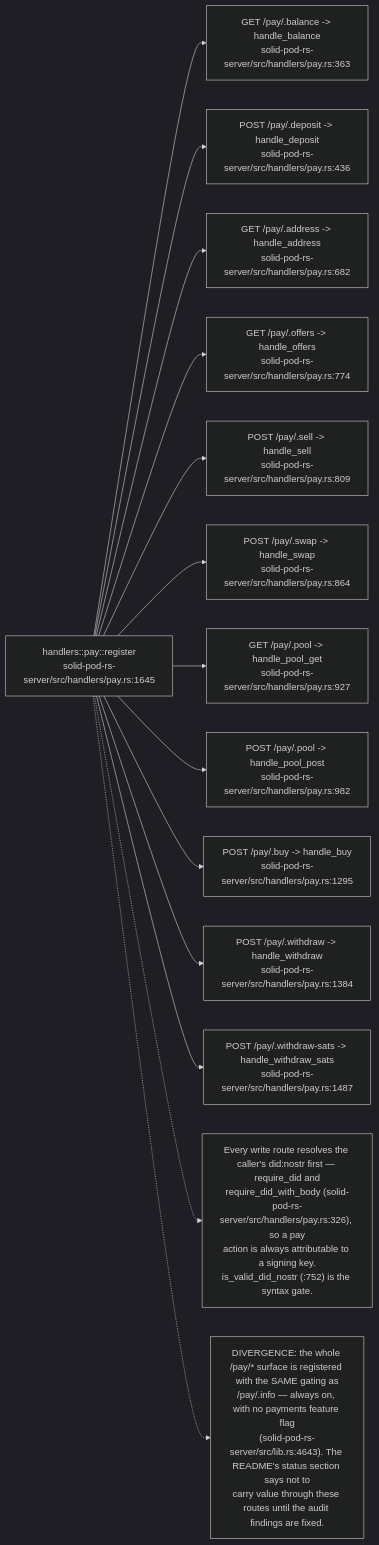
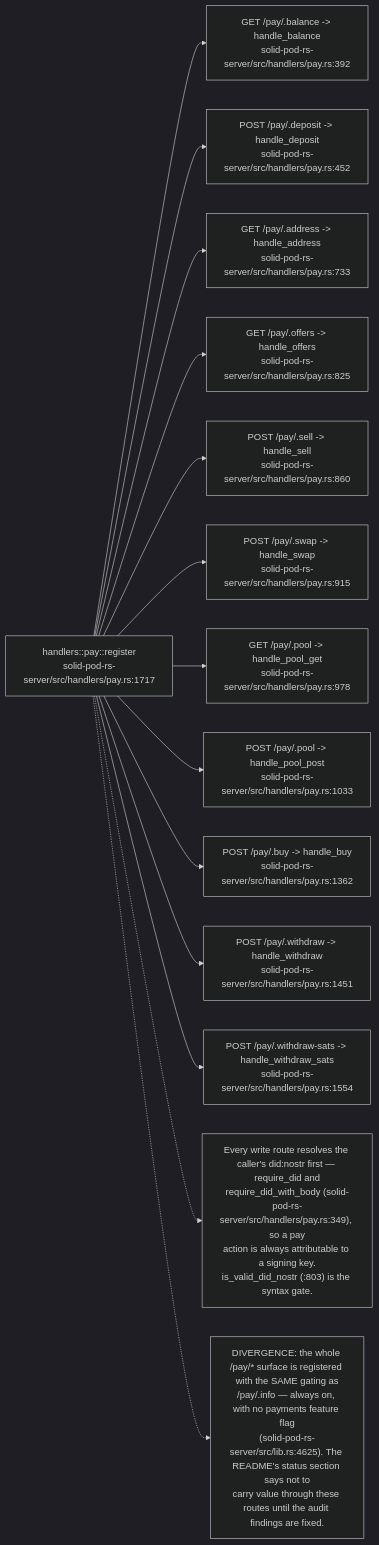
Before and after one commit to DreamLab-AI/VisionFlow: diagram 13 of 17 in docs/diagrams/solid-pod-rs/07-provenance-and-payments.md, drawn with Mermaid (dark theme). The commit also changed other lines of this file and 111 other files, not shown here.

Commit message:
docs(diagrams): align estate maps with current source

````diff
--- a/docs/diagrams/solid-pod-rs/07-provenance-and-payments.md
+++ b/docs/diagrams/solid-pod-rs/07-provenance-and-payments.md
@@ -378,32 +382,32 @@
 ```mermaid
 flowchart LR
-    REG["handlers::pay::register<br/>solid-pod-rs-server/src/handlers/pay.rs:1645"]
-    BAL["GET /pay/.balance -> handle_balance<br/>solid-pod-rs-server/src/handlers/pay.rs:363"]
-    DEP["POST /pay/.deposit -> handle_deposit<br/>solid-pod-rs-server/src/handlers/pay.rs:436"]
-    ADDR["GET /pay/.address -> handle_address<br/>solid-pod-rs-server/src/handlers/pay.rs:682"]
-    OFF["GET /pay/.offers -> handle_offers<br/>solid-pod-rs-server/src/handlers/pay.rs:774"]
-    SELL["POST /pay/.sell -> handle_sell<br/>solid-pod-rs-server/src/handlers/pay.rs:809"]
-    SWAP["POST /pay/.swap -> handle_swap<br/>solid-pod-rs-server/src/handlers/pay.rs:864"]
-    POOLG["GET /pay/.pool -> handle_pool_get<br/>solid-pod-rs-server/src/handlers/pay.rs:927"]
-    POOLP["POST /pay/.pool -> handle_pool_post<br/>solid-pod-rs-server/src/handlers/pay.rs:982"]
-    BUY["POST /pay/.buy -> handle_buy<br/>solid-pod-rs-server/src/handlers/pay.rs:1295"]
-    WD["POST /pay/.withdraw -> handle_withdraw<br/>solid-pod-rs-server/src/handlers/pay.rs:1384"]
-    WDS["POST /pay/.withdraw-sats -> handle_withdraw_sats<br/>solid-pod-rs-server/src/handlers/pay.rs:1487"]
+    REG["handlers::pay::register<br/>solid-pod-rs-server/src/handlers/pay.rs:1717"]
+    BAL["GET /pay/.balance -> handle_balance<br/>solid-pod-rs-server/src/handlers/pay.rs:392"]
+    DEP["POST /pay/.deposit -> handle_deposit<br/>solid-pod-rs-server/src/handlers/pay.rs:452"]
+    ADDR["GET /pay/.address -> handle_address<br/>solid-pod-rs-server/src/handlers/pay.rs:733"]
+    OFF["GET /pay/.offers -> handle_offers<br/>solid-pod-rs-server/src/handlers/pay.rs:825"]
+    SELL["POST /pay/.sell -> handle_sell<br/>solid-pod-rs-server/src/handlers/pay.rs:860"]
+    SWAP["POST /pay/.swap -> handle_swap<br/>solid-pod-rs-server/src/handlers/pay.rs:915"]
+    POOLG["GET /pay/.pool -> handle_pool_get<br/>solid-pod-rs-server/src/handlers/pay.rs:978"]
+    POOLP["POST /pay/.pool -> handle_pool_post<br/>solid-pod-rs-server/src/handlers/pay.rs:1033"]
+    BUY["POST /pay/.buy -> handle_buy<br/>solid-pod-rs-server/src/handlers/pay.rs:1362"]
+    WD["POST /pay/.withdraw -> handle_withdraw<br/>solid-pod-rs-server/src/handlers/pay.rs:1451"]
+    WDS["POST /pay/.withdraw-sats -> handle_withdraw_sats<br/>solid-pod-rs-server/src/handlers/pay.rs:1554"]
 
     REG --> BAL
     REG --> DEP
     REG --> ADDR
     REG --> OFF
     REG --> SELL
     REG --> SWAP
     REG --> POOLG
     REG --> POOLP
     REG --> BUY
     REG --> WD
     REG --> WDS
 
-    N["Every write route resolves the caller's did:nostr first — require_did and<br/>require_did_with_body (solid-pod-rs-server/src/handlers/pay.rs:326), so a pay<br/>action is always attributable to a signing key.<br/>is_valid_did_nostr (:752) is the syntax gate."]
+    N["Every write route resolves the caller's did:nostr first — require_did and<br/>require_did_with_body (solid-pod-rs-server/src/handlers/pay.rs:349), so a pay<br/>action is always attributable to a signing key.<br/>is_valid_did_nostr (:803) is the syntax gate."]
     REG -.-> N
-    N2["DIVERGENCE: the whole /pay/* surface is registered with the SAME gating as<br/>/pay/.info — always on, with no payments feature flag<br/>(solid-pod-rs-server/src/lib.rs:4643). The README's status section says not to<br/>carry value through these routes until the audit findings are fixed."]
+    N2["DIVERGENCE: the whole /pay/* surface is registered with the SAME gating as<br/>/pay/.info — always on, with no payments feature flag<br/>(solid-pod-rs-server/src/lib.rs:4625). The README's status section says not to<br/>carry value through these routes until the audit findings are fixed."]
     REG -.-> N2
 ```
````
